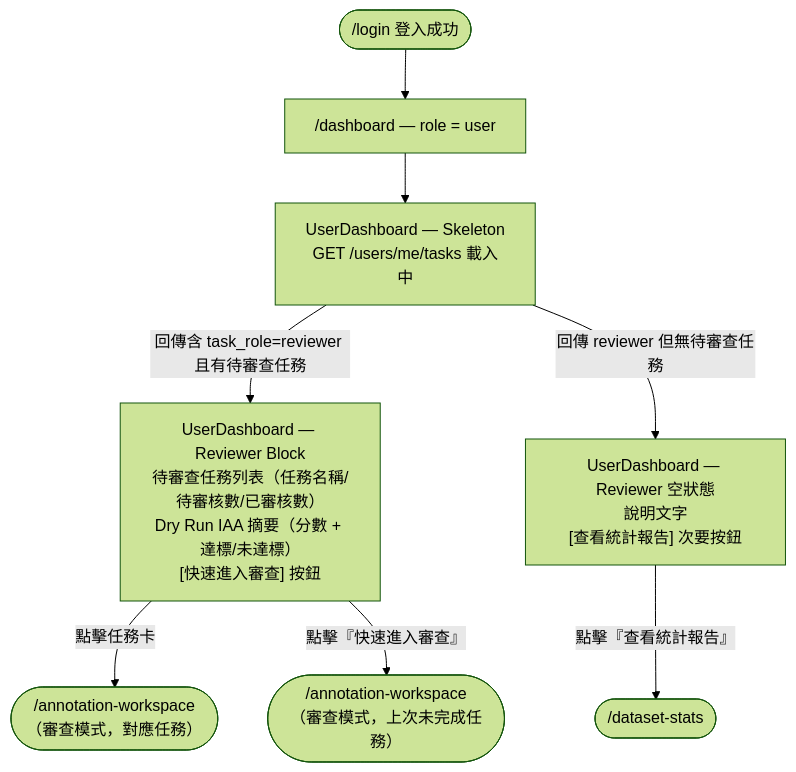
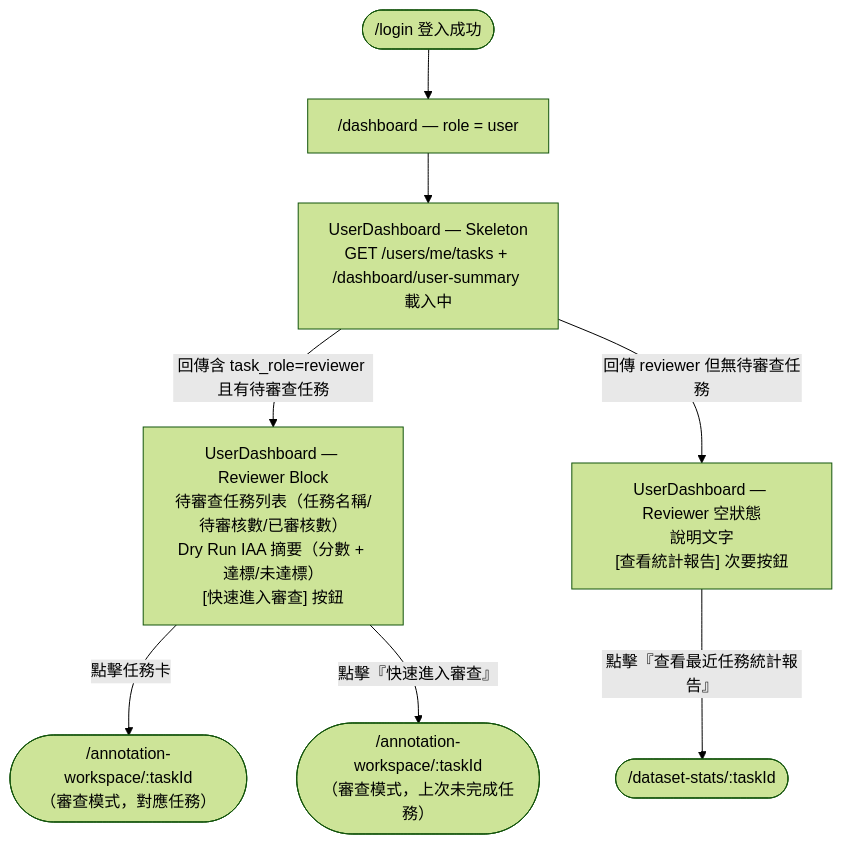
One commit to singyichen/label-suite changed the seventh of 7 diagrams in specs/dashboard/012-dashboard/spec.md. Above: the diagram before and after it, drawn with Mermaid (forest theme). The commit also changed other lines of this file and 8 other files, not shown here.

````diff
--- a/specs/dashboard/012-dashboard/spec.md
+++ b/specs/dashboard/012-dashboard/spec.md
@@ -297,10 +309,10 @@
 ```mermaid
 flowchart TD
     A(["/login 登入成功"]) --> B["/dashboard — role = user"]
-    B --> C["UserDashboard — Skeleton\nGET /users/me/tasks 載入中"]
+    B --> C["UserDashboard — Skeleton\nGET /users/me/tasks + /dashboard/user-summary 載入中"]
     C -->|"回傳含 task_role=reviewer 且有待審查任務"| D["UserDashboard — Reviewer Block\n待審查任務列表（任務名稱/待審核數/已審核數）\nDry Run IAA 摘要（分數 + 達標/未達標）\n[快速進入審查] 按鈕"]
     C -->|"回傳 reviewer 但無待審查任務"| E["UserDashboard — Reviewer 空狀態\n說明文字\n[查看統計報告] 次要按鈕"]
-    D -->|"點擊任務卡"| F(["/annotation-workspace\n（審查模式，對應任務）"])
-    D -->|"點擊『快速進入審查』"| G(["/annotation-workspace\n（審查模式，上次未完成任務）"])
-    E -->|"點擊『查看統計報告』"| H(["/dataset-stats"])
+    D -->|"點擊任務卡"| F(["/annotation-workspace/:taskId\n（審查模式，對應任務）"])
+    D -->|"點擊『快速進入審查』"| G(["/annotation-workspace/:taskId\n（審查模式，上次未完成任務）"])
+    E -->|"點擊『查看最近任務統計報告』"| H(["/dataset-stats/:taskId"])
 ```
````
